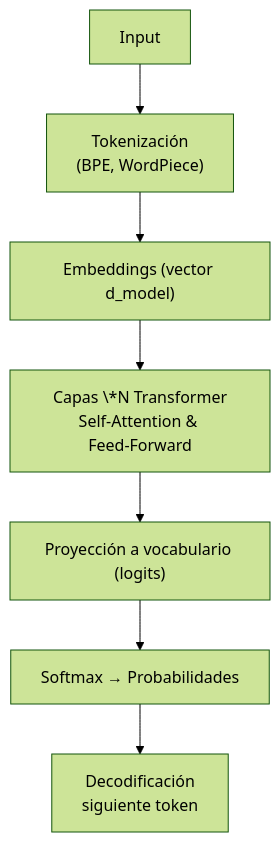
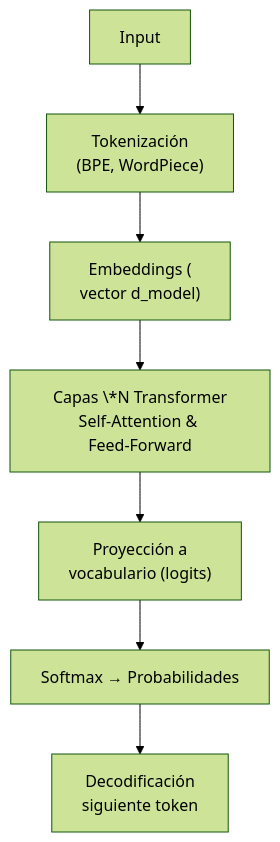
Before and after one commit to infosails/clase-bk: the second of 5 diagrams in docs/llms.md, drawn with Mermaid (forest theme). The commit also changed other lines of this file, not shown here.

````diff
--- a/docs/llms.md
+++ b/docs/llms.md
@@ -53,10 +53,14 @@
 ```mermaid
 flowchart TD
   A[Input] --> B["Tokenización
  (BPE, WordPiece)"]
-  B --> C["Embeddings (vector d_model)"]
-  C --> D[Capas \*N Transformer<br/>Self‑Attention & Feed‑Forward]
-  D --> E["Proyección a vocabulario (logits)"]
+  B --> C["Embeddings (
+vector d_model)"]
+  C --> D[Capas \*N Transformer
+Self‑Attention & Feed‑Forward]
+  D --> E["Proyección a
+vocabulario (logits)"]
   E --> F[Softmax → Probabilidades]
-  F --> G[Decodificación<br/>siguiente token]
+  F --> G[Decodificación
+siguiente token]
 ```
````
